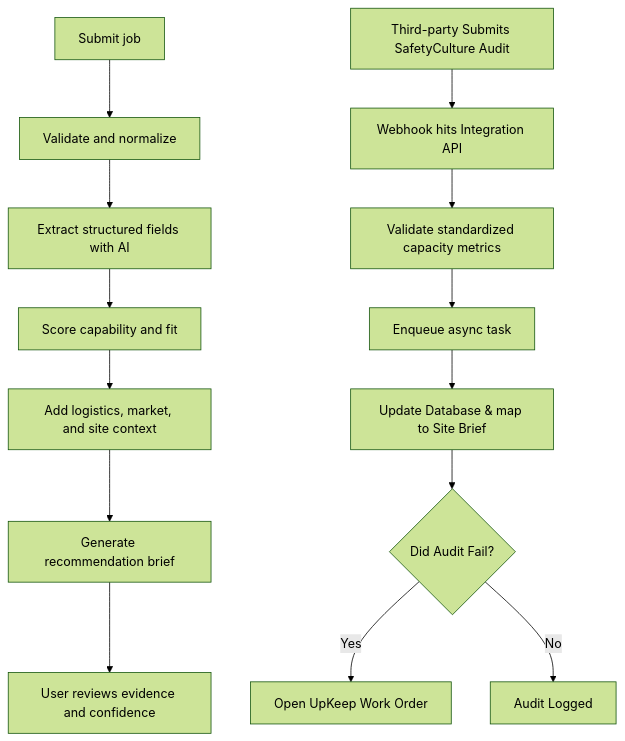
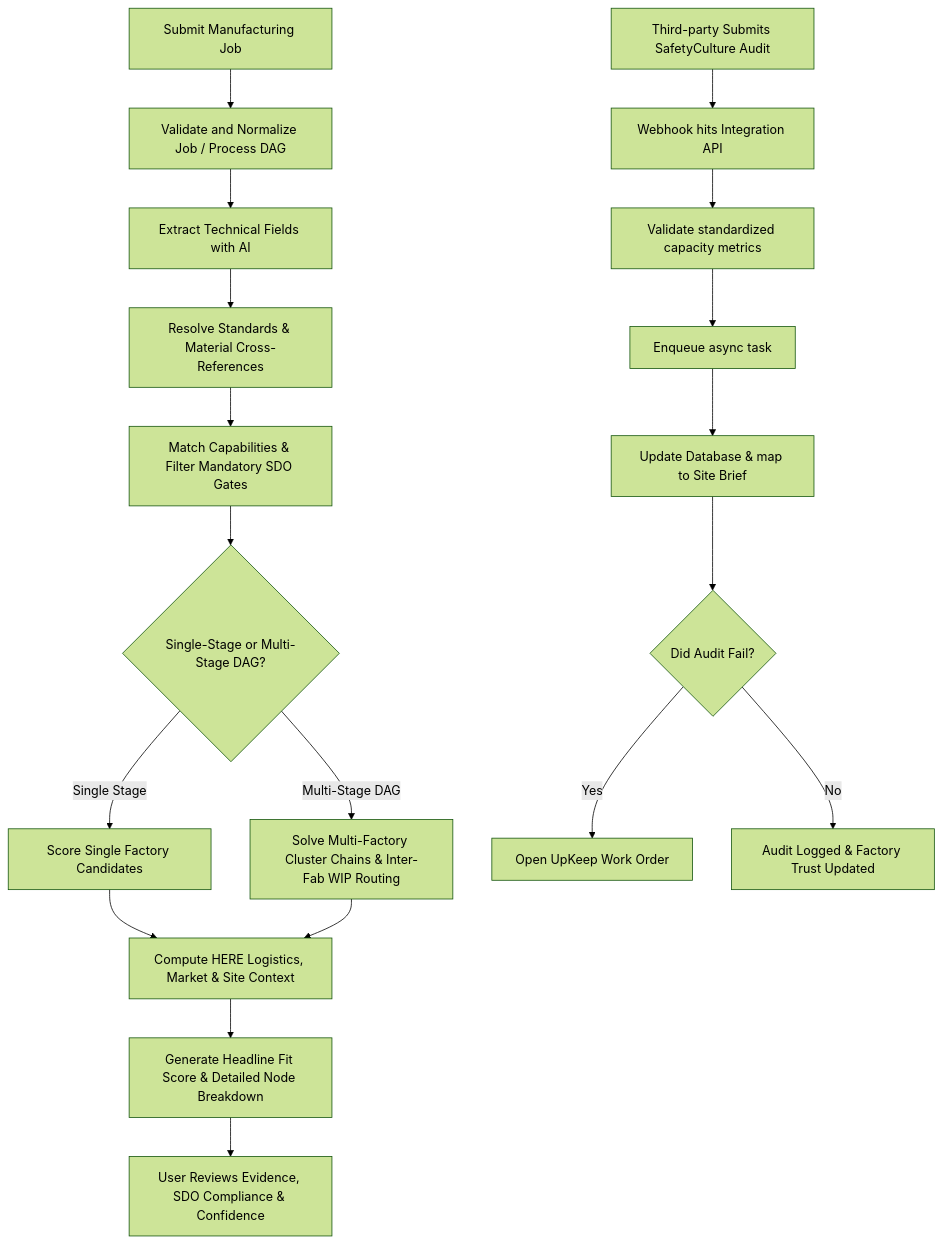
Before and after one commit to npc-chris/dfn-discovery: the second of 2 diagrams in docs/DFN_SERVICE_MAP.md, drawn with Mermaid (forest theme). The commit also changed other lines of this file and 18 other files, not shown here.

Commit message:
feat: refactor core backend services, routing, and database schema for manufacturing process discovery and multi-stage routing

````diff
--- a/docs/DFN_SERVICE_MAP.md
+++ b/docs/DFN_SERVICE_MAP.md
@@ -101,17 +110,22 @@
 ```mermaid
 flowchart TB
- A[Submit job] --> B[Validate and normalize]
- B --> C[Extract structured fields with AI]
- C --> D[Score capability and fit]
- D --> E[Add logistics, market, and site context]
- E --> F[Generate recommendation brief]
- F --> G[User reviews evidence and confidence]
+ A[Submit Manufacturing Job] --> B[Validate and Normalize Job / Process DAG]
+ B --> C[Extract Technical Fields with AI]
+ C --> D[Resolve Standards & Material Cross-References]
+ D --> E[Match Capabilities & Filter Mandatory SDO Gates]
+ E --> F{Single-Stage or Multi-Stage DAG?}
+ F -- Single Stage --> G[Score Single Factory Candidates]
+ F -- Multi-Stage DAG --> H[Solve Multi-Factory Cluster Chains & Inter-Fab WIP Routing]
+ G --> I[Compute HERE Logistics, Market & Site Context]
+ H --> I
+ I --> J[Generate Headline Fit Score & Detailed Node Breakdown]
+ J --> K[User Reviews Evidence, SDO Compliance & Confidence]
  
- H[Third-party Submits SafetyCulture Audit] --> I[Webhook hits Integration API]
- I --> J[Validate standardized capacity metrics]
- J --> K[Enqueue async task]
- K --> L[Update Database & map to Site Brief]
- L --> M{Did Audit Fail?}
- M -- Yes --> N[Open UpKeep Work Order]
- M -- No --> O[Audit Logged]
+ L[Third-party Submits SafetyCulture Audit] --> M[Webhook hits Integration API]
+ M --> N[Validate standardized capacity metrics]
+ N --> O[Enqueue async task]
+ O --> P[Update Database & map to Site Brief]
+ P --> Q{Did Audit Fail?}
+ Q -- Yes --> R[Open UpKeep Work Order]
+ Q -- No --> S[Audit Logged & Factory Trust Updated]
 ```
````
